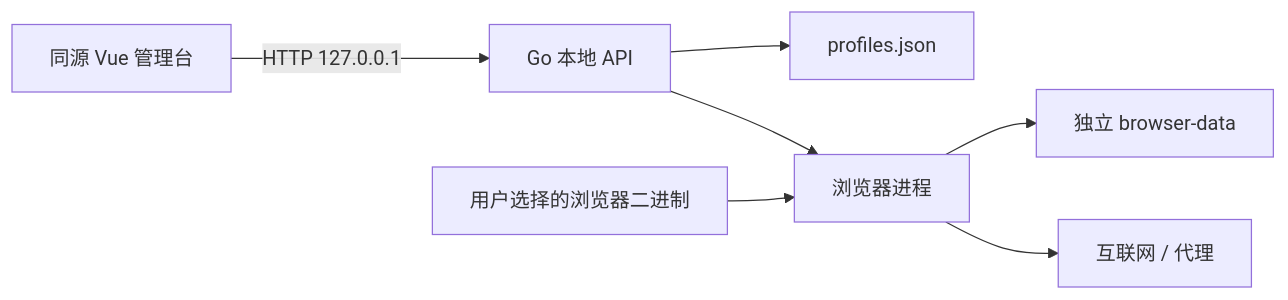
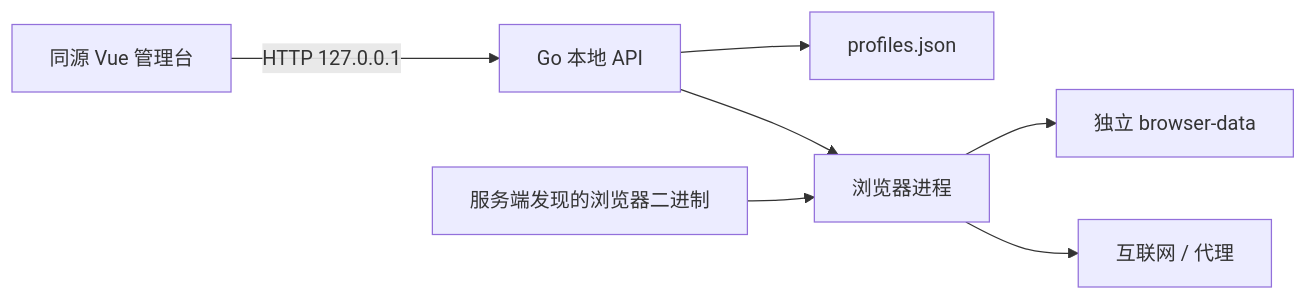
One commit to miahwk/profileweave changed the diagram in docs/threat-model.md. Above: the diagram before and after it, drawn with Mermaid. The commit also changed other lines of this file and 23 other files, not shown here.

````diff
--- a/docs/threat-model.md
+++ b/docs/threat-model.md
@@ -16,9 +16,9 @@
 ```mermaid
 flowchart LR
   UI["同源 Vue 管理台"] -->|"HTTP 127.0.0.1"| API["Go 本地 API"]
   API --> META["profiles.json"]
   API --> PROC["浏览器进程"]
   PROC --> DATA["独立 browser-data"]
   PROC --> WEB["互联网 / 代理"]
-  BIN["用户选择的浏览器二进制"] --> PROC
+  BIN["服务端发现的浏览器二进制"] --> PROC
 ```
````
